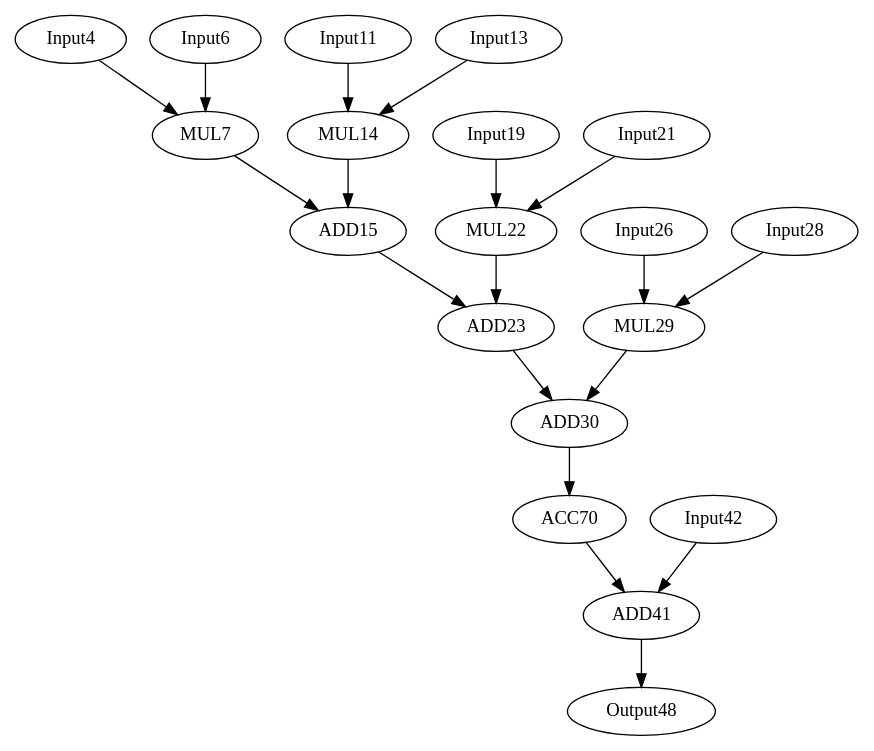
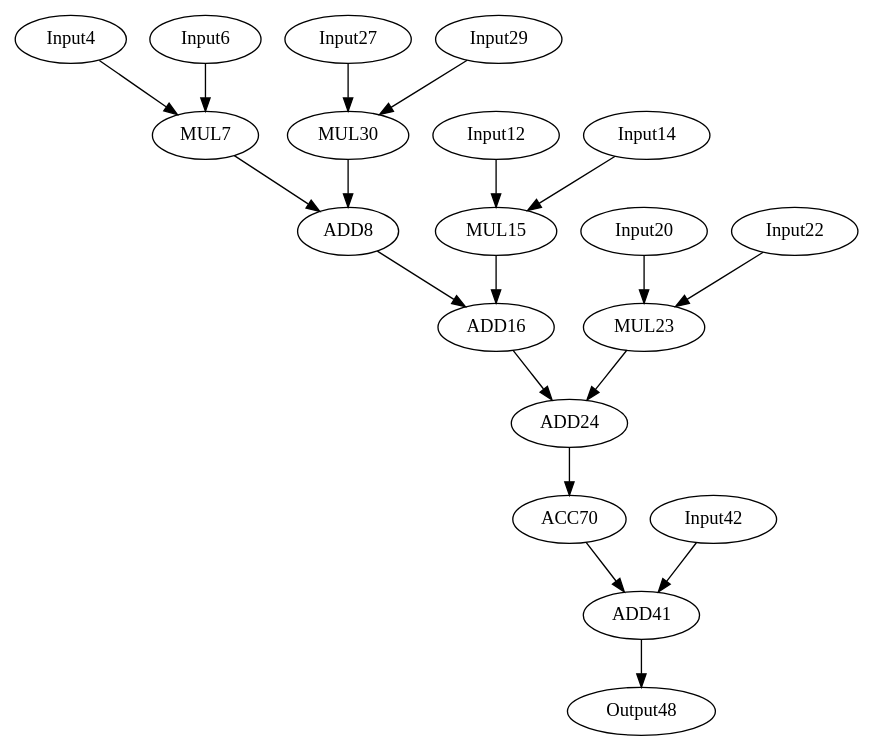
The diagram in benchmarks/test4/fir_unroll4/affine.dot (yhqiu16/FDRA), drawn with Graphviz before and after one commit. The commit also changed 218 other files, not shown here.

```diff
--- a/benchmarks/test4/fir_unroll4/affine.dot
+++ b/benchmarks/test4/fir_unroll4/affine.dot
@@ -1,39 +1,39 @@
 Digraph G {
 Input4[opcode=input, ref_name="input", size=128, offset="0, 0", pattern="16, 8, -112, 32"];
 Input6[opcode=input, ref_name="coefficients", size=128, offset="0, 0", pattern="16, 8, -112, 32"];
 MUL7[opcode=mul];
-Input11[opcode=input, ref_name="input", size=128, offset="0, 4", pattern="16, 8, -112, 32"];
-Input13[opcode=input, ref_name="coefficients", size=128, offset="0, 4", pattern="16, 8, -112, 32"];
-MUL14[opcode=mul];
-ADD15[opcode=add];
-Input19[opcode=input, ref_name="input", size=128, offset="0, 8", pattern="16, 8, -112, 32"];
-Input21[opcode=input, ref_name="coefficients", size=128, offset="0, 8", pattern="16, 8, -112, 32"];
-MUL22[opcode=mul];
-ADD23[opcode=add];
-Input26[opcode=input, ref_name="input", size=128, offset="0, 12", pattern="16, 8, -112, 32"];
-Input28[opcode=input, ref_name="coefficients", size=128, offset="0, 12", pattern="16, 8, -112, 32"];
-MUL29[opcode=mul];
-ADD30[opcode=add];
+ADD8[opcode=add];
+Input12[opcode=input, ref_name="input", size=128, offset="0, 4", pattern="16, 8, -112, 32"];
+Input14[opcode=input, ref_name="coefficients", size=128, offset="0, 4", pattern="16, 8, -112, 32"];
+MUL15[opcode=mul];
+ADD16[opcode=add];
+Input20[opcode=input, ref_name="input", size=128, offset="0, 8", pattern="16, 8, -112, 32"];
+Input22[opcode=input, ref_name="coefficients", size=128, offset="0, 8", pattern="16, 8, -112, 32"];
+MUL23[opcode=mul];
+ADD24[opcode=add];
+Input27[opcode=input, ref_name="input", size=128, offset="0, 12", pattern="16, 8, -112, 32"];
+Input29[opcode=input, ref_name="coefficients", size=128, offset="0, 12", pattern="16, 8, -112, 32"];
+MUL30[opcode=mul];
 ADD41[opcode=add];
 Input42[opcode=input, ref_name="output", size=128, offset="0, 0", pattern="0, 8, 4, 32"];
 Output48[opcode=output, ref_name="output", size=128, offset="0, 0", pattern="0, 8, 4, 32"];
 ACC70[opcode=acc, acc_params="0, 8, 1, 32", acc_first=1];
 Input4->MUL7[operand=1];
 Input6->MUL7[operand=0];
-MUL7->ADD15[operand=1];
-Input11->MUL14[operand=1];
-Input13->MUL14[operand=0];
-MUL14->ADD15[operand=0];
-ADD15->ADD23[operand=1];
-Input19->MUL22[operand=1];
-Input21->MUL22[operand=0];
-MUL22->ADD23[operand=0];
-ADD23->ADD30[operand=1];
-Input26->MUL29[operand=1];
-Input28->MUL29[operand=0];
-MUL29->ADD30[operand=0];
+MUL7->ADD8[operand=0];
+ADD8->ADD16[operand=1];
+Input12->MUL15[operand=1];
+Input14->MUL15[operand=0];
+MUL15->ADD16[operand=0];
+ADD16->ADD24[operand=1];
+Input20->MUL23[operand=1];
+Input22->MUL23[operand=0];
+MUL23->ADD24[operand=0];
+Input27->MUL30[operand=1];
+Input29->MUL30[operand=0];
 Input42->ADD41[operand=0];
 ADD41->Output48[operand=0];
-ADD30->ACC70[operand=0];
+MUL30->ADD8[operand=1];
+ADD24->ACC70[operand=0];
 ACC70->ADD41[operand=1];
 }
```
